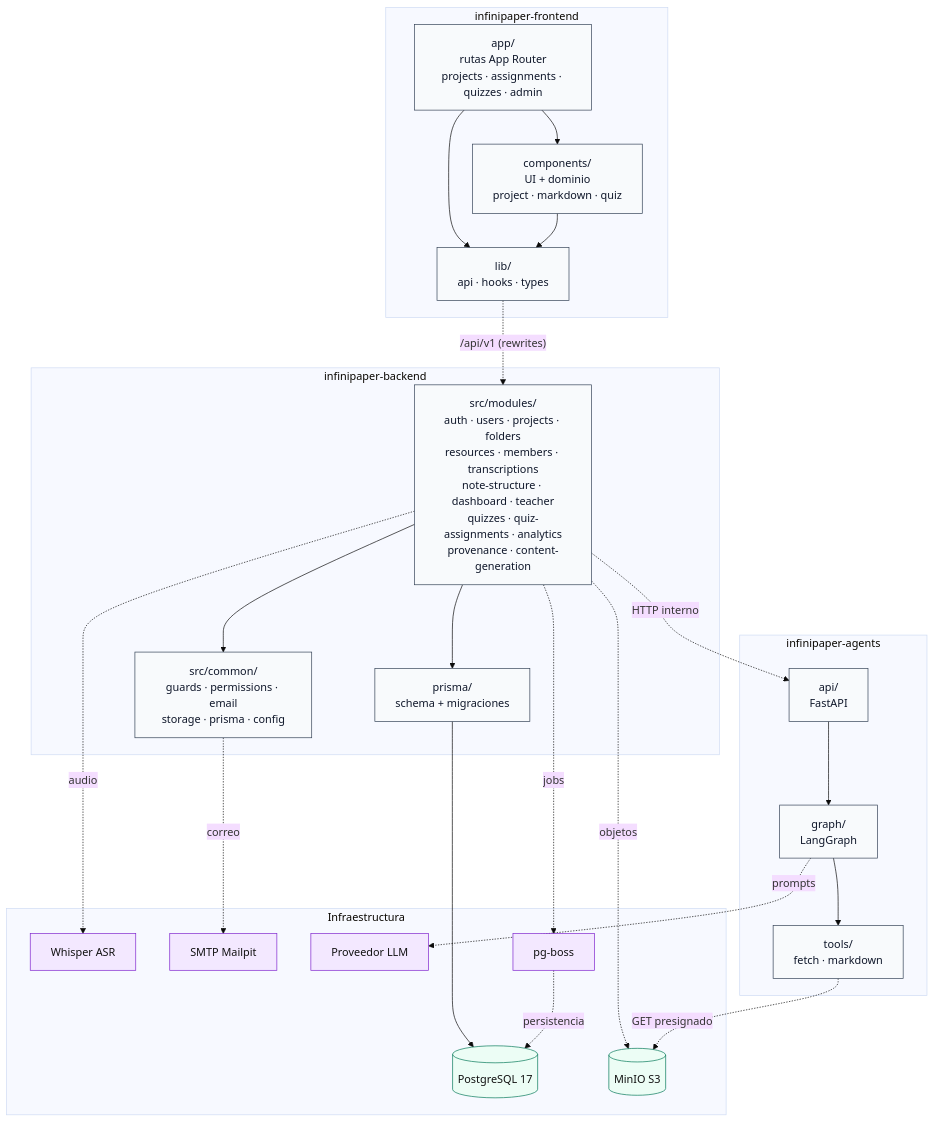
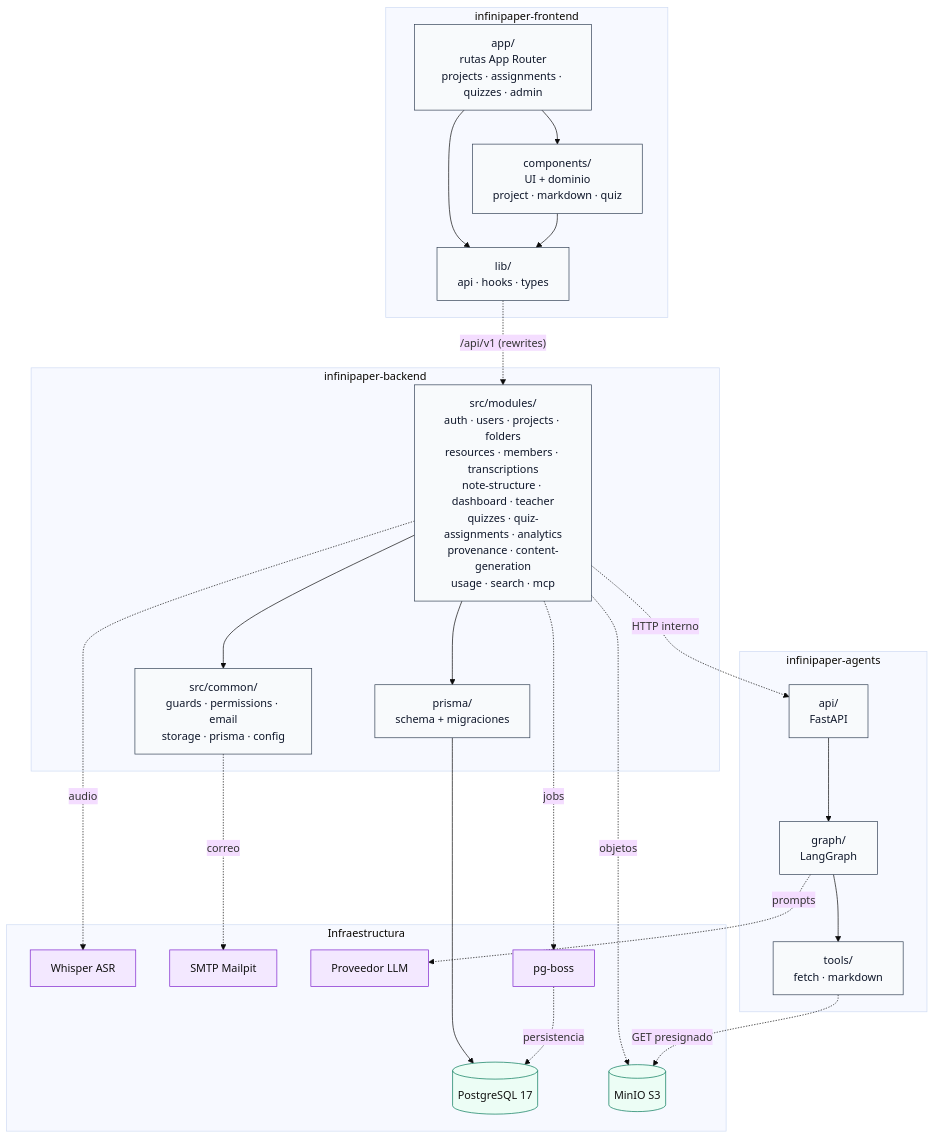
One commit to CesarKnight/infinipaper-proy changed the diagram in docs/sdd/diagramas/paquetes.md. Above: the diagram before and after it, drawn with Mermaid. The commit also changed other lines of this file and 71 other files, not shown here.

````diff
--- a/docs/sdd/diagramas/paquetes.md
+++ b/docs/sdd/diagramas/paquetes.md
@@ -5,52 +5,52 @@
 ```mermaid
 %%{init: {"theme": "base", "themeVariables": {"fontFamily": "Inter, sans-serif"}}}%%
 flowchart TB
   classDef pkg fill:#f8fafc,stroke:#334155,stroke-width:1px,color:#0f172a
   classDef ext fill:#f3e8ff,stroke:#7e22ce,stroke-width:1px,color:#111
   classDef data fill:#ecfdf5,stroke:#047857,stroke-width:1px,color:#111
 
   subgraph Frontend["infinipaper-frontend"]
     APP["app/<br/>rutas App Router<br/>projects · assignments · quizzes · admin"]:::pkg
     COMP["components/<br/>UI + dominio<br/>project · markdown · quiz"]:::pkg
     LIB["lib/<br/>api · hooks · types"]:::pkg
   end
 
   subgraph Backend["infinipaper-backend"]
-    MOD["src/modules/<br/>auth · users · projects · folders<br/>resources · members · transcriptions<br/>note-structure · dashboard · teacher<br/>quizzes · quiz-assignments · analytics<br/>provenance · content-generation"]:::pkg
+    MOD["src/modules/<br/>auth · users · projects · folders<br/>resources · members · transcriptions<br/>note-structure · dashboard · teacher<br/>quizzes · quiz-assignments · analytics<br/>provenance · content-generation<br/>usage · search · mcp"]:::pkg
     COMMON["src/common/<br/>guards · permissions · email<br/>storage · prisma · config"]:::pkg
     PRISMA["prisma/<br/>schema + migraciones"]:::pkg
   end
 
   subgraph Agents["infinipaper-agents"]
     AGAPI["api/<br/>FastAPI"]:::pkg
     AGRAPH["graph/<br/>LangGraph"]:::pkg
     ATOOLS["tools/<br/>fetch · markdown"]:::pkg
   end
 
   subgraph Infra["Infraestructura"]
     PG[(PostgreSQL 17)]:::data
     MINIO[(MinIO S3)]:::data
     WHISPER[Whisper ASR]:::ext
     MAILPIT[SMTP Mailpit]:::ext
     LLM[Proveedor LLM]:::ext
     QUEUE[pg-boss]:::ext
   end
 
   APP --> COMP
   APP --> LIB
   COMP --> LIB
   LIB -. "/api/v1 (rewrites)" .-> MOD
   MOD --> COMMON
   MOD --> PRISMA
   MOD -. "HTTP interno" .-> AGAPI
   AGAPI --> AGRAPH
   AGRAPH --> ATOOLS
   PRISMA --> PG
   MOD -. "objetos" .-> MINIO
   MOD -. "audio" .-> WHISPER
   MOD -. "jobs" .-> QUEUE
   COMMON -. "correo" .-> MAILPIT
   ATOOLS -. "GET presignado" .-> MINIO
   AGRAPH -. "prompts" .-> LLM
   QUEUE -. "persistencia" .-> PG
 ```
````
